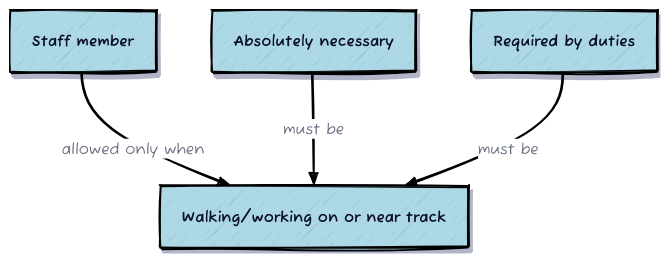
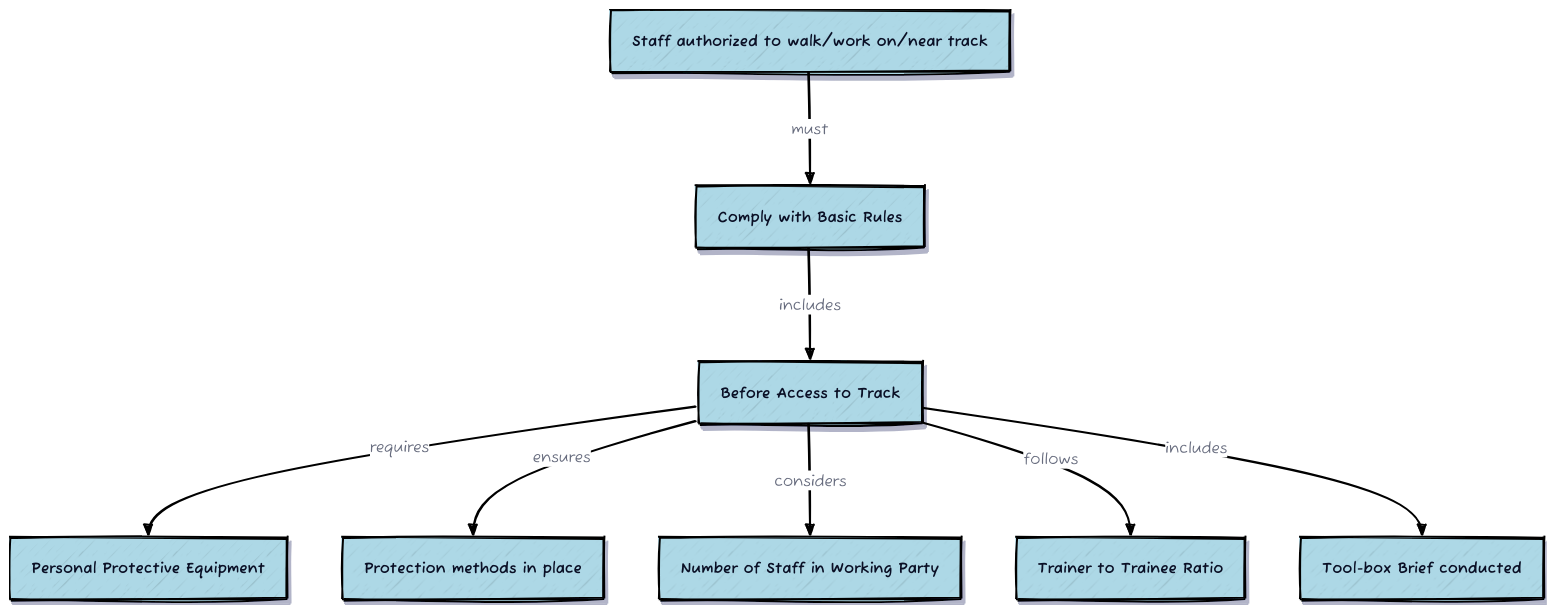
The diagram in d2_output/test.d2 (fangyuan-ksgk/process-supervision), drawn with D2 before and after one commit. The commit also changed 6 other files, not shown here.

```diff
--- a/d2_output/test.d2
+++ b/d2_output/test.d2
@@ -1,75 +1,139 @@
 
 vars: {
   d2-config: {
     sketch: true
   }
 }
 classes: {
   process: {
     label: ""
     shape: rectangle
     style: {
       fill: lightblue
       shadow: true
     }
   }
 }
 
-Staff_member.class: process
-Staff_member.label: "Staff member"
-Staff_member: {
+Staff_authorized_to_walk/work_on/near_track.class: process
+Staff_authorized_to_walk/work_on/near_track.label: "Staff authorized to walk/work on/near track"
+Staff_authorized_to_walk/work_on/near_track: {
   style: {
     opacity: 1
     stroke: "black"
     stroke-width: 2
     shadow: true
   }
 }
-Walking/working_on_or_near_track.class: process
-Walking/working_on_or_near_track.label: "Walking/working on or near track"
-Walking/working_on_or_near_track: {
+Comply_with_Basic_Rules.class: process
+Comply_with_Basic_Rules.label: "Comply with Basic Rules"
+Comply_with_Basic_Rules: {
   style: {
     opacity: 1
     stroke: "black"
     stroke-width: 2
     shadow: true
   }
 }
-Absolutely_necessary.class: process
-Absolutely_necessary.label: "Absolutely necessary"
-Absolutely_necessary: {
+Before_Access_to_Track.class: process
+Before_Access_to_Track.label: "Before Access to Track"
+Before_Access_to_Track: {
   style: {
     opacity: 1
     stroke: "black"
     stroke-width: 2
     shadow: true
   }
 }
-Required_by_duties.class: process
-Required_by_duties.label: "Required by duties"
-Required_by_duties: {
+Personal_Protective_Equipment.class: process
+Personal_Protective_Equipment.label: "Personal Protective Equipment"
+Personal_Protective_Equipment: {
   style: {
     opacity: 1
     stroke: "black"
     stroke-width: 2
     shadow: true
   }
 }
-Staff_member -> Walking/working_on_or_near_track: {
-  label: "allowed only when"
+Protection_methods_in_place.class: process
+Protection_methods_in_place.label: "Protection methods in place"
+Protection_methods_in_place: {
+  style: {
+    opacity: 1
+    stroke: "black"
+    stroke-width: 2
+    shadow: true
+  }
+}
+Number_of_Staff_in_Working_Party.class: process
+Number_of_Staff_in_Working_Party.label: "Number of Staff in Working Party"
+Number_of_Staff_in_Working_Party: {
+  style: {
+    opacity: 1
+    stroke: "black"
+    stroke-width: 2
+    shadow: true
+  }
+}
+Trainer_to_Trainee_Ratio.class: process
+Trainer_to_Trainee_Ratio.label: "Trainer to Trainee Ratio"
+Trainer_to_Trainee_Ratio: {
+  style: {
+    opacity: 1
+    stroke: "black"
+    stroke-width: 2
+    shadow: true
+  }
+}
+Tool-box_Brief_conducted.class: process
+Tool-box_Brief_conducted.label: "Tool-box Brief conducted"
+Tool-box_Brief_conducted: {
+  style: {
+    opacity: 1
+    stroke: "black"
+    stroke-width: 2
+    shadow: true
+  }
+}
+Staff_authorized_to_walk/work_on/near_track -> Comply_with_Basic_Rules: {
+  label: "must"
   style.stroke: black
   style.opacity: 1
   style.stroke-width: 2
 }
-Absolutely_necessary -> Walking/working_on_or_near_track: {
-  label: "must be"
+Comply_with_Basic_Rules -> Before_Access_to_Track: {
+  label: "includes"
   style.stroke: black
   style.opacity: 1
   style.stroke-width: 2
 }
-Required_by_duties -> Walking/working_on_or_near_track: {
-  label: "must be"
+Before_Access_to_Track -> Personal_Protective_Equipment: {
+  label: "requires"
   style.stroke: black
   style.opacity: 1
   style.stroke-width: 2
 }
+Before_Access_to_Track -> Protection_methods_in_place: {
+  label: "ensures"
+  style.stroke: black
+  style.opacity: 1
+  style.stroke-width: 2
+}
+Before_Access_to_Track -> Number_of_Staff_in_Working_Party: {
+  label: "considers"
+  style.stroke: black
+  style.opacity: 1
+  style.stroke-width: 2
+}
+Before_Access_to_Track -> Trainer_to_Trainee_Ratio: {
+  label: "follows"
+  style.stroke: black
+  style.opacity: 1
+  style.stroke-width: 2
+}
+Before_Access_to_Track -> Tool-box_Brief_conducted: {
+  label: "includes"
+  style.stroke: black
+  style.opacity: 1
+  style.stroke-width: 2
+}
```
